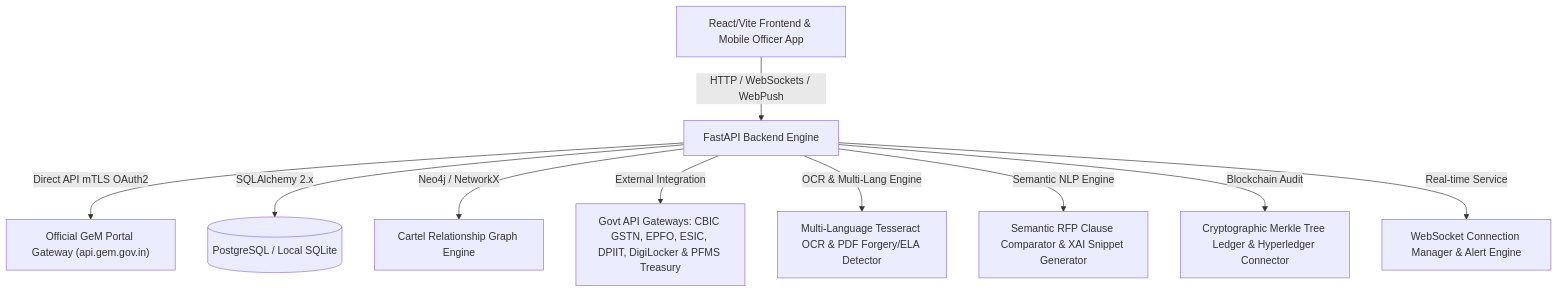
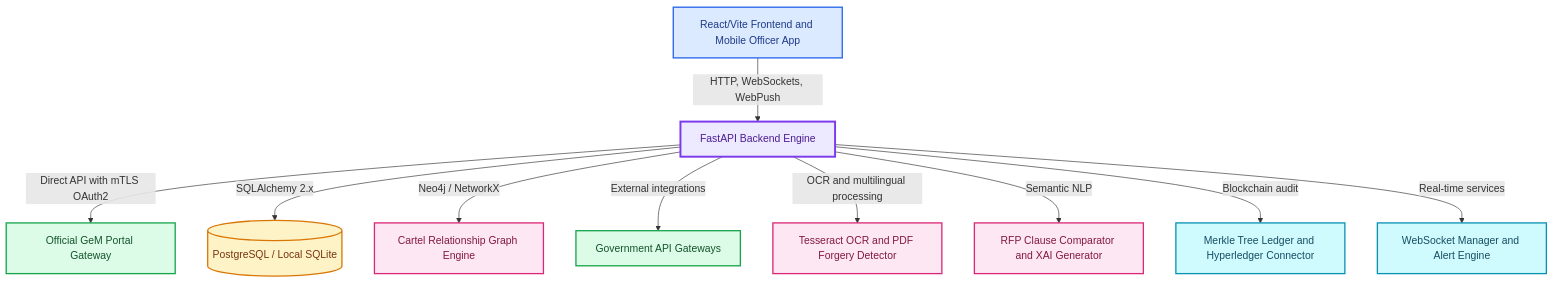
The diagram in README.md (Yogeshsingh123-LAB/-AI-Powered-Integrated-Bid-Compliance-Verification-Platform-for-GeM-Procurement), drawn with Mermaid before and after one commit. The commit also changed 2 other files, not shown here.

Commit message:
Fix GitHub Mermaid diagrams and add colorful styling

````diff
--- a/README.md
+++ b/README.md
@@ -31,12 +31,26 @@
 ```mermaid
-graph TD
-    A["React/Vite Frontend & Mobile Officer App"] -- "HTTP / WebSockets / WebPush" --> B["FastAPI Backend Engine"]
-    B -- "Direct API mTLS OAuth2" --> GeM["Official GeM Portal Gateway (api.gem.gov.in)"]
-    B -- "SQLAlchemy 2.x" --> C[("PostgreSQL / Local SQLite")]
-    B -- "Neo4j / NetworkX" --> D["Cartel Relationship Graph Engine"]
-    B -- "External Integration" --> E["Govt API Gateways: CBIC GSTN, EPFO, ESIC, DPIIT, DigiLocker & PFMS Treasury"]
-    B -- "OCR & Multi-Lang Engine" --> F["Multi-Language Tesseract OCR & PDF Forgery/ELA Detector"]
-    B -- "Semantic NLP Engine" --> G["Semantic RFP Clause Comparator & XAI Snippet Generator"]
-    B -- "Blockchain Audit" --> H["Cryptographic Merkle Tree Ledger & Hyperledger Connector"]
-    B -- "Real-time Service" --> I["WebSocket Connection Manager & Alert Engine"]
+flowchart TD
+    A["React/Vite Frontend and Mobile Officer App"] -->|"HTTP, WebSockets, WebPush"| B["FastAPI Backend Engine"]
+    B -->|"Direct API with mTLS OAuth2"| GeM["Official GeM Portal Gateway"]
+    B -->|"SQLAlchemy 2.x"| C[("PostgreSQL / Local SQLite")]
+    B -->|"Neo4j / NetworkX"| D["Cartel Relationship Graph Engine"]
+    B -->|"External integrations"| E["Government API Gateways"]
+    B -->|"OCR and multilingual processing"| F["Tesseract OCR and PDF Forgery Detector"]
+    B -->|"Semantic NLP"| G["RFP Clause Comparator and XAI Generator"]
+    B -->|"Blockchain audit"| H["Merkle Tree Ledger and Hyperledger Connector"]
+    B -->|"Real-time services"| I["WebSocket Manager and Alert Engine"]
+
+    classDef client fill:#DBEAFE,stroke:#2563EB,color:#1E3A8A,stroke-width:2px
+    classDef core fill:#EDE9FE,stroke:#7C3AED,color:#4C1D95,stroke-width:3px
+    classDef portal fill:#DCFCE7,stroke:#16A34A,color:#14532D,stroke-width:2px
+    classDef data fill:#FEF3C7,stroke:#D97706,color:#78350F,stroke-width:2px
+    classDef analytics fill:#FCE7F3,stroke:#DB2777,color:#831843,stroke-width:2px
+    classDef service fill:#CFFAFE,stroke:#0891B2,color:#164E63,stroke-width:2px
+
+    class A client
+    class B core
+    class GeM,E portal
+    class C data
+    class D,F,G analytics
+    class H,I service
 ```
````
